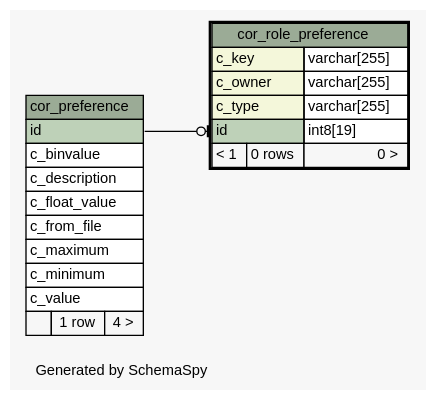
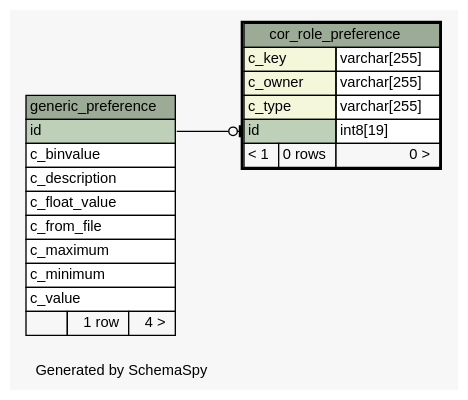
Before and after one commit to openwms/org.openwms.core.preferences.lib: the diagram in schemaspy/diagrams/cor_role_preference.1degree.dot, drawn with Graphviz. The commit also changed 270 other files, not shown here.

```diff
--- a/schemaspy/diagrams/cor_role_preference.1degree.dot
+++ b/schemaspy/diagrams/cor_role_preference.1degree.dot
@@ -1,53 +1,53 @@
-// dot 2.38.0 on Linux 4.15.0-1037-gcp
+// dot 2.36.0 on Linux 4.4.0-101-generic
 // SchemaSpy rev Unknown
 digraph "oneDegreeRelationshipsDiagram" {
   graph [
     rankdir="RL"
     bgcolor="#f7f7f7"
     label="\nGenerated by SchemaSpy"
     labeljust="l"
     nodesep="0.18"
     ranksep="0.46"
     fontname="Helvetica"
     fontsize="11"
   ];
   node [
     fontname="Helvetica"
     fontsize="11"
     shape="plaintext"
   ];
   edge [
     arrowsize="0.8"
   ];
-  "cor_role_preference":"id":w -> "cor_preference":"id":e [arrowhead=none dir=back arrowtail=teeodot];
-  "cor_preference" [
-    label=<
-    <TABLE BORDER="0" CELLBORDER="1" CELLSPACING="0" BGCOLOR="#ffffff">
-      <TR><TD COLSPAN="3" BGCOLOR="#9bab96" ALIGN="CENTER">cor_preference</TD></TR>
-      <TR><TD PORT="id" COLSPAN="3" BGCOLOR="#bed1b8" ALIGN="LEFT">id</TD></TR>
-      <TR><TD PORT="c_binvalue" COLSPAN="3" ALIGN="LEFT">c_binvalue</TD></TR>
-      <TR><TD PORT="c_description" COLSPAN="3" ALIGN="LEFT">c_description</TD></TR>
-      <TR><TD PORT="c_float_value" COLSPAN="3" ALIGN="LEFT">c_float_value</TD></TR>
-      <TR><TD PORT="c_from_file" COLSPAN="3" ALIGN="LEFT">c_from_file</TD></TR>
-      <TR><TD PORT="c_maximum" COLSPAN="3" ALIGN="LEFT">c_maximum</TD></TR>
-      <TR><TD PORT="c_minimum" COLSPAN="3" ALIGN="LEFT">c_minimum</TD></TR>
-      <TR><TD PORT="c_value" COLSPAN="3" ALIGN="LEFT">c_value</TD></TR>
-      <TR><TD ALIGN="LEFT" BGCOLOR="#f7f7f7">  </TD><TD ALIGN="RIGHT" BGCOLOR="#f7f7f7">1 row</TD><TD ALIGN="RIGHT" BGCOLOR="#f7f7f7">4 &gt;</TD></TR>
-    </TABLE>>
-    URL="cor_preference.html"
-    tooltip="cor_preference"
-  ];
+  "cor_role_preference":"id":w -> "generic_preference":"id":e [arrowhead=none dir=back arrowtail=teeodot];
   "cor_role_preference" [
     label=<
     <TABLE BORDER="2" CELLBORDER="1" CELLSPACING="0" BGCOLOR="#ffffff">
       <TR><TD COLSPAN="3" BGCOLOR="#9bab96" ALIGN="CENTER">cor_role_preference</TD></TR>
       <TR><TD PORT="c_key" COLSPAN="2" BGCOLOR="#f4f7da" ALIGN="LEFT">c_key</TD><TD PORT="c_key.type" ALIGN="LEFT">varchar[255]</TD></TR>
       <TR><TD PORT="c_owner" COLSPAN="2" BGCOLOR="#f4f7da" ALIGN="LEFT">c_owner</TD><TD PORT="c_owner.type" ALIGN="LEFT">varchar[255]</TD></TR>
       <TR><TD PORT="c_type" COLSPAN="2" BGCOLOR="#f4f7da" ALIGN="LEFT">c_type</TD><TD PORT="c_type.type" ALIGN="LEFT">varchar[255]</TD></TR>
       <TR><TD PORT="id" COLSPAN="2" BGCOLOR="#bed1b8" ALIGN="LEFT">id</TD><TD PORT="id.type" ALIGN="LEFT">int8[19]</TD></TR>
       <TR><TD ALIGN="LEFT" BGCOLOR="#f7f7f7">&lt; 1</TD><TD ALIGN="RIGHT" BGCOLOR="#f7f7f7">0 rows</TD><TD ALIGN="RIGHT" BGCOLOR="#f7f7f7">0 &gt;</TD></TR>
     </TABLE>>
     URL="cor_role_preference.html"
     tooltip="cor_role_preference"
   ];
+  "generic_preference" [
+    label=<
+    <TABLE BORDER="0" CELLBORDER="1" CELLSPACING="0" BGCOLOR="#ffffff">
+      <TR><TD COLSPAN="3" BGCOLOR="#9bab96" ALIGN="CENTER">generic_preference</TD></TR>
+      <TR><TD PORT="id" COLSPAN="3" BGCOLOR="#bed1b8" ALIGN="LEFT">id</TD></TR>
+      <TR><TD PORT="c_binvalue" COLSPAN="3" ALIGN="LEFT">c_binvalue</TD></TR>
+      <TR><TD PORT="c_description" COLSPAN="3" ALIGN="LEFT">c_description</TD></TR>
+      <TR><TD PORT="c_float_value" COLSPAN="3" ALIGN="LEFT">c_float_value</TD></TR>
+      <TR><TD PORT="c_from_file" COLSPAN="3" ALIGN="LEFT">c_from_file</TD></TR>
+      <TR><TD PORT="c_maximum" COLSPAN="3" ALIGN="LEFT">c_maximum</TD></TR>
+      <TR><TD PORT="c_minimum" COLSPAN="3" ALIGN="LEFT">c_minimum</TD></TR>
+      <TR><TD PORT="c_value" COLSPAN="3" ALIGN="LEFT">c_value</TD></TR>
+      <TR><TD ALIGN="LEFT" BGCOLOR="#f7f7f7">  </TD><TD ALIGN="RIGHT" BGCOLOR="#f7f7f7">1 row</TD><TD ALIGN="RIGHT" BGCOLOR="#f7f7f7">4 &gt;</TD></TR>
+    </TABLE>>
+    URL="generic_preference.html"
+    tooltip="generic_preference"
+  ];
 }
```
